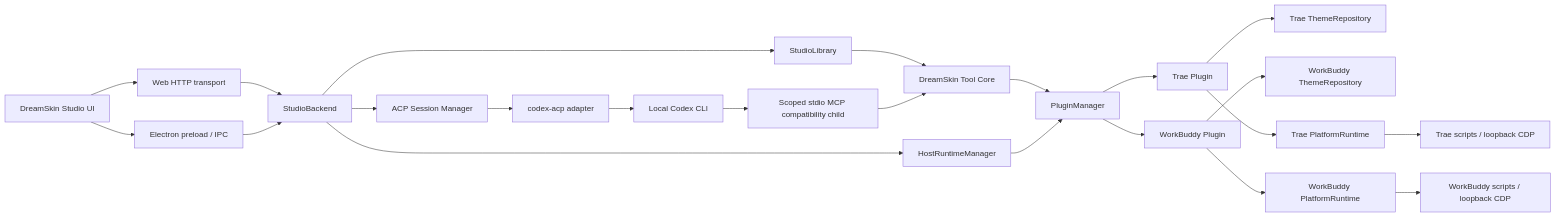
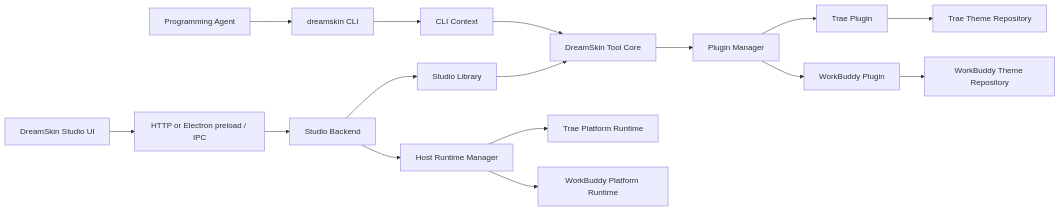
The diagram in docs/architecture.md (l77948032-cyber/Agent-Dream-Skin), drawn with Mermaid before and after one commit. The commit also changed other lines of this file and 116 other files, not shown here.

Commit message:
feat: ship DreamSkin CLI and 20-theme Studio

````diff
--- a/docs/architecture.md
+++ b/docs/architecture.md
@@ -21,35 +18,21 @@
 ```mermaid
 flowchart LR
-  UI["DreamSkin Studio UI"]
-  WEB["Web HTTP transport"]
-  DESKTOP["Electron preload / IPC"]
-  BACKEND["StudioBackend"]
-  LIBRARY["StudioLibrary"]
-  TOOL["DreamSkin Tool Core"]
-  PM["PluginManager"]
-  TRAE["Trae Plugin"]
-  WB["WorkBuddy Plugin"]
-  TRAE_REPO["Trae ThemeRepository"]
-  WB_REPO["WorkBuddy ThemeRepository"]
-  HOST["HostRuntimeManager"]
-  TRAE_PLATFORM["Trae PlatformRuntime"]
-  WB_PLATFORM["WorkBuddy PlatformRuntime"]
-  TRAE_CDP["Trae scripts / loopback CDP"]
-  WB_CDP["WorkBuddy scripts / loopback CDP"]
-  ACP["ACP Session Manager"]
-  ADAPTER["codex-acp adapter"]
-  CLI["Local Codex CLI"]
-  MCP["Scoped stdio MCP compatibility child"]
+  AGENT["Programming Agent"] --> CLI["dreamskin CLI"]
+  CLI --> CLI_CONTEXT["CLI Context"]
+  CLI_CONTEXT --> TOOL["DreamSkin Tool Core"]
 
-  UI --> WEB --> BACKEND
-  UI --> DESKTOP --> BACKEND
-  BACKEND --> LIBRARY
-  LIBRARY --> TOOL --> PM
-  PM --> TRAE --> TRAE_REPO
-  PM --> WB --> WB_REPO
-  BACKEND --> HOST --> PM
-  TRAE --> TRAE_PLATFORM --> TRAE_CDP
-  WB --> WB_PLATFORM --> WB_CDP
-  BACKEND --> ACP --> ADAPTER --> CLI
-  CLI --> MCP --> TOOL
+  UI["DreamSkin Studio UI"] --> TRANSPORT["HTTP or Electron preload / IPC"]
+  TRANSPORT --> BACKEND["Studio Backend"]
+  BACKEND --> LIBRARY["Studio Library"]
+  LIBRARY --> TOOL
+
+  TOOL --> PLUGINS["Plugin Manager"]
+  PLUGINS --> TRAE["Trae Plugin"]
+  PLUGINS --> WORKBUDDY["WorkBuddy Plugin"]
+  TRAE --> TRAE_REPO["Trae Theme Repository"]
+  WORKBUDDY --> WB_REPO["WorkBuddy Theme Repository"]
+
+  BACKEND --> HOST["Host Runtime Manager"]
+  HOST --> TRAE_RUNTIME["Trae Platform Runtime"]
+  HOST --> WB_RUNTIME["WorkBuddy Platform Runtime"]
 ```
````
